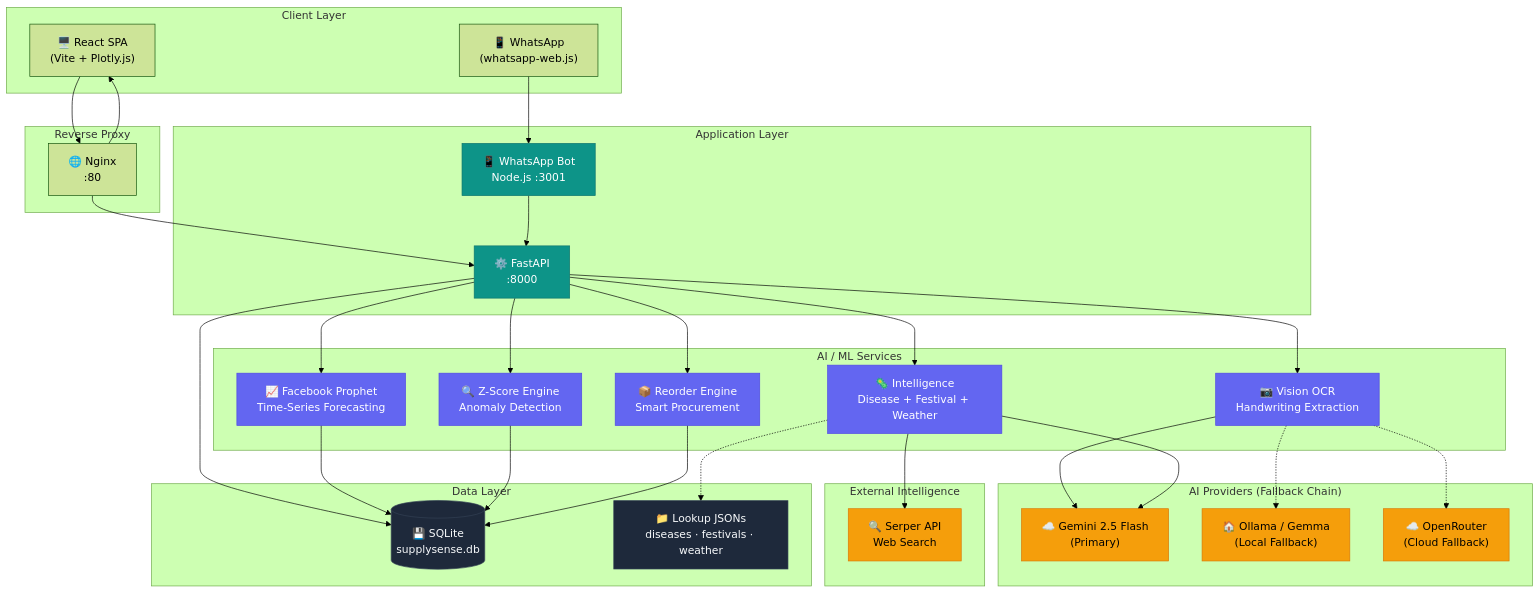
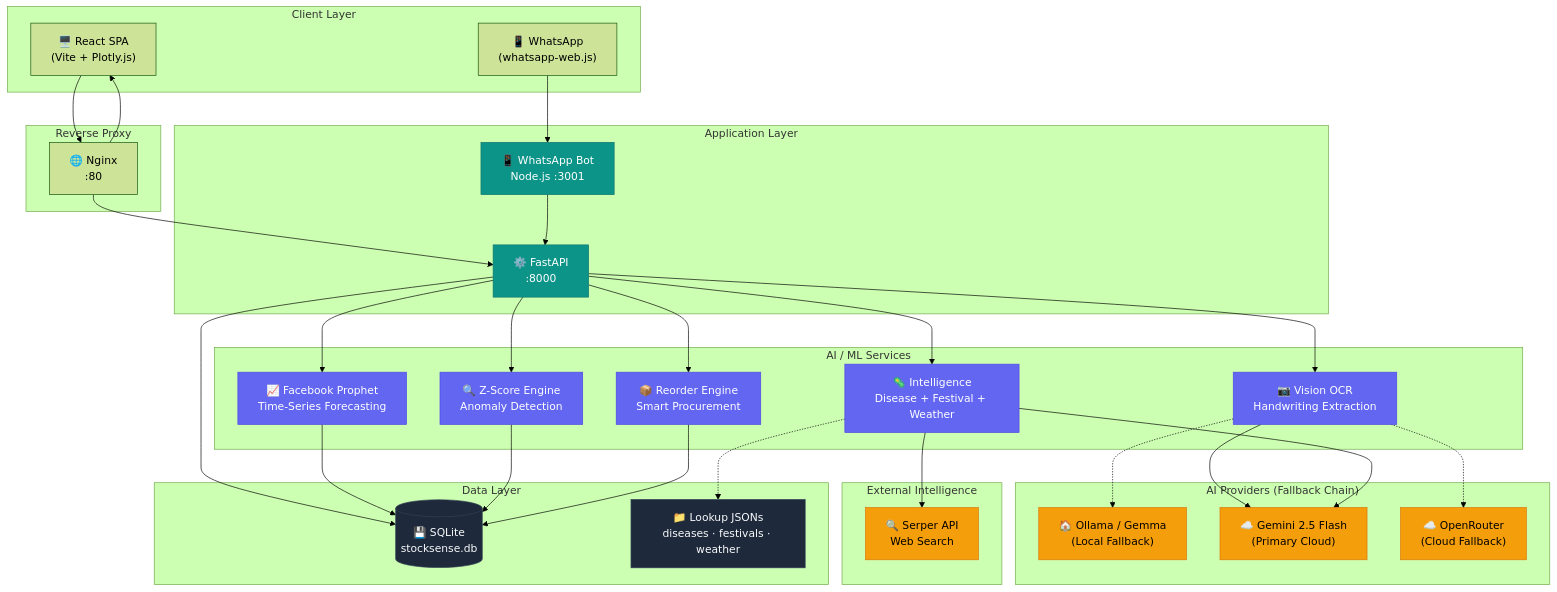
Before and after one commit to Arnav1709/natwest-cfp: the first of 4 diagrams in README.md, drawn with Mermaid (forest theme). The commit also changed other lines of this file and 24 other files, not shown here.

````diff
--- a/README.md
+++ b/README.md
@@ -275,71 +383,71 @@
 ```mermaid
 graph TB
     subgraph "Client Layer"
         WEB["🖥️ React SPA<br/>(Vite + Plotly.js)"]
         WA["📱 WhatsApp<br/>(whatsapp-web.js)"]
     end
 
     subgraph "Reverse Proxy"
         NGX["🌐 Nginx<br/>:80"]
     end
 
     subgraph "Application Layer"
         API["⚙️ FastAPI<br/>:8000"]
         BOT["📱 WhatsApp Bot<br/>Node.js :3001"]
     end
 
     subgraph "AI / ML Services"
         PROPHET["📈 Facebook Prophet<br/>Time-Series Forecasting"]
         ANOMALY["🔍 Z-Score Engine<br/>Anomaly Detection"]
         OCR["📷 Vision OCR<br/>Handwriting Extraction"]
         INTEL["🦠 Intelligence<br/>Disease + Festival + Weather"]
         REORDER["📦 Reorder Engine<br/>Smart Procurement"]
     end
 
     subgraph "AI Providers (Fallback Chain)"
-        GEMINI["☁️ Gemini 2.5 Flash<br/>(Primary)"]
         OLLAMA["🏠 Ollama / Gemma<br/>(Local Fallback)"]
+        GEMINI["☁️ Gemini 2.5 Flash<br/>(Primary Cloud)"]
         OPENROUTER["☁️ OpenRouter<br/>(Cloud Fallback)"]
     end
 
     subgraph "External Intelligence"
         SERPER["🔍 Serper API<br/>Web Search"]
     end
 
     subgraph "Data Layer"
-        DB[("💾 SQLite<br/>supplysense.db")]
+        DB[("💾 SQLite<br/>stocksense.db")]
         LOOKUP["📁 Lookup JSONs<br/>diseases · festivals · weather"]
     end
 
     WEB --> NGX --> API
     WA --> BOT --> API
     NGX --> WEB
 
     API --> PROPHET
     API --> ANOMALY
     API --> OCR
     API --> INTEL
     API --> REORDER
     API --> DB
 
     OCR --> GEMINI
     INTEL --> SERPER
     INTEL --> GEMINI
     OCR -.-> OLLAMA
     OCR -.-> OPENROUTER
     INTEL -.-> LOOKUP
 
     PROPHET --> DB
     ANOMALY --> DB
     REORDER --> DB
 
     classDef primary fill:#0D9488,stroke:#0F766E,color:#fff
     classDef ai fill:#6366F1,stroke:#4F46E5,color:#fff
     classDef external fill:#F59E0B,stroke:#D97706,color:#000
     classDef data fill:#1E293B,stroke:#334155,color:#F8FAFC
 
     class API,BOT primary
     class PROPHET,ANOMALY,OCR,INTEL,REORDER ai
     class GEMINI,OLLAMA,OPENROUTER,SERPER external
     class DB,LOOKUP data
 ```
````
